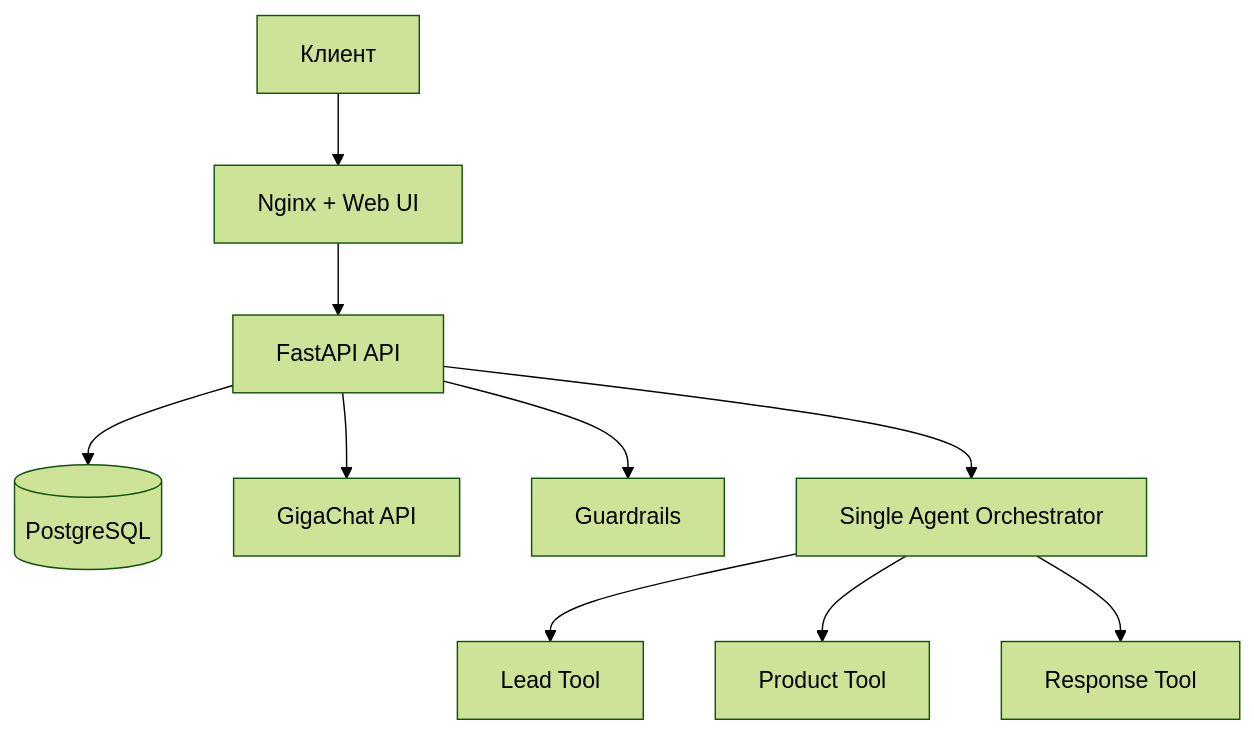
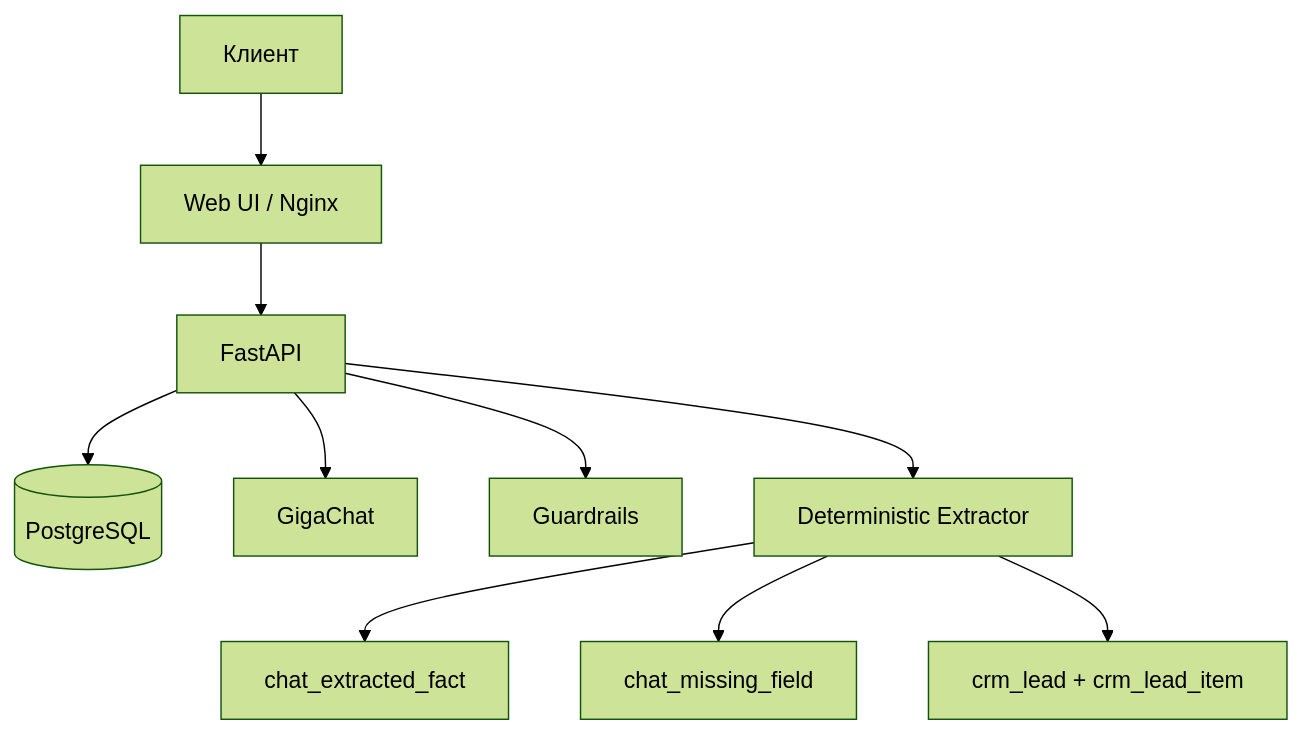
The diagram in docs/architecture.md (dedok0x/agrolead-assistant), drawn with Mermaid (forest theme) before and after one commit. The commit also changed other lines of this file and 19 other files, not shown here.

````diff
--- a/docs/architecture.md
+++ b/docs/architecture.md
@@ -3,13 +3,13 @@
 ```mermaid
 flowchart TD
-    U[Клиент] --> WEB[Nginx + Web UI]
-    WEB --> API[FastAPI API]
+    U[Клиент] --> W[Web UI / Nginx]
+    W --> API[FastAPI]
     API --> DB[(PostgreSQL)]
-    API --> GC[GigaChat API]
+    API --> LLM[GigaChat]
 
-    API --> GR[Guardrails]
-    API --> ORCH[Single Agent Orchestrator]
-    ORCH --> LT[Lead Tool]
-    ORCH --> PT[Product Tool]
-    ORCH --> RT[Response Tool]
+    API --> G[Guardrails]
+    API --> E[Deterministic Extractor]
+    E --> F[chat_extracted_fact]
+    E --> M[chat_missing_field]
+    E --> L[crm_lead + crm_lead_item]
 ```
````
